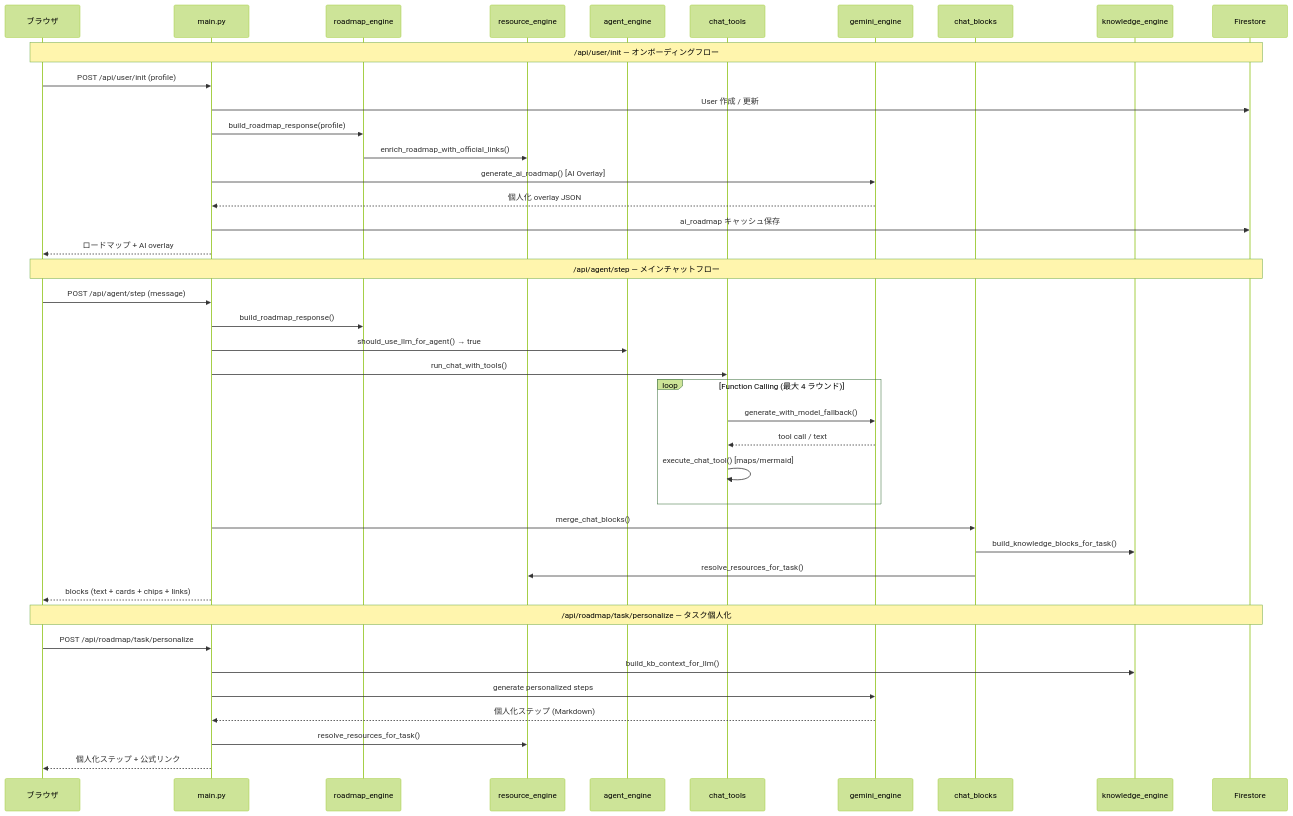
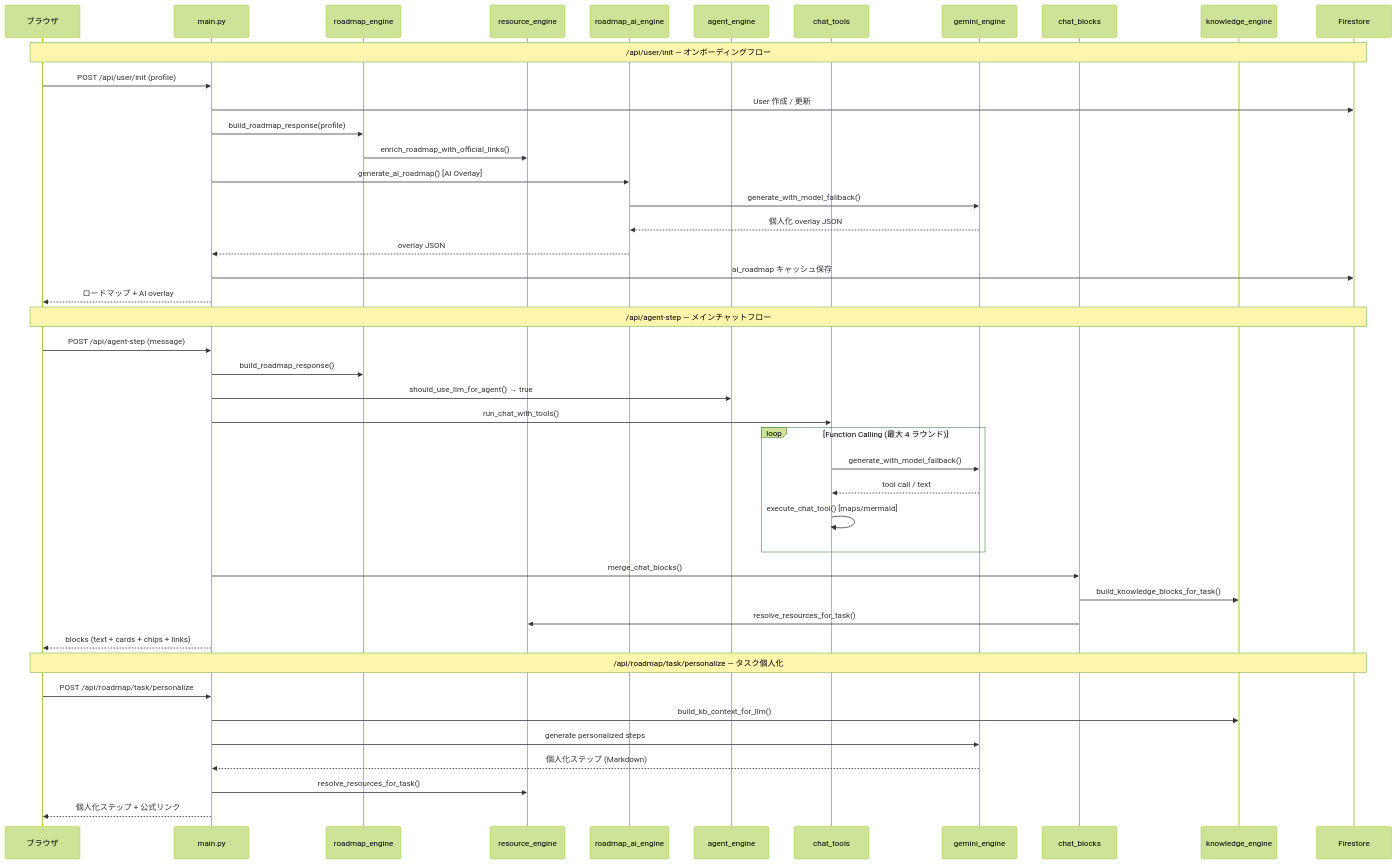
One commit to faetstoree/HARU changed the third of 6 diagrams in ARCHITECTURE_JA.md. Above: the diagram before and after it, drawn with Mermaid (forest theme). The commit also changed other lines of this file and 1 other file, not shown here.

Commit message:
Update ARCHITECTURE docs: remove school engine, update API endpoints and AI layer

````diff
--- a/ARCHITECTURE_JA.md
+++ b/ARCHITECTURE_JA.md
@@ -132,49 +134,52 @@
 ```mermaid
 sequenceDiagram
     participant Browser as ブラウザ
     participant main as main.py
     participant roadmap as roadmap_engine
     participant resource as resource_engine
+    participant roadmap_ai as roadmap_ai_engine
     participant agent as agent_engine
     participant chat as chat_tools
     participant gemini as gemini_engine
     participant blocks as chat_blocks
     participant knowledge as knowledge_engine
     participant db as Firestore
 
     Note over Browser,db: /api/user/init — オンボーディングフロー
 
     Browser->>main: POST /api/user/init (profile)
     main->>db: User 作成 / 更新
     main->>roadmap: build_roadmap_response(profile)
     roadmap->>resource: enrich_roadmap_with_official_links()
-    main->>gemini: generate_ai_roadmap() [AI Overlay]
-    gemini-->>main: 個人化 overlay JSON
+    main->>roadmap_ai: generate_ai_roadmap() [AI Overlay]
+    roadmap_ai->>gemini: generate_with_model_fallback()
+    gemini-->>roadmap_ai: 個人化 overlay JSON
+    roadmap_ai-->>main: overlay JSON
     main->>db: ai_roadmap キャッシュ保存
     main-->>Browser: ロードマップ + AI overlay
 
-    Note over Browser,db: /api/agent/step — メインチャットフロー
+    Note over Browser,db: /api/agent-step — メインチャットフロー
 
-    Browser->>main: POST /api/agent/step (message)
+    Browser->>main: POST /api/agent-step (message)
     main->>roadmap: build_roadmap_response()
     main->>agent: should_use_llm_for_agent() → true
     main->>chat: run_chat_with_tools()
     loop Function Calling (最大 4 ラウンド)
         chat->>gemini: generate_with_model_fallback()
         gemini-->>chat: tool call / text
         chat->>chat: execute_chat_tool() [maps/mermaid]
     end
     main->>blocks: merge_chat_blocks()
     blocks->>knowledge: build_knowledge_blocks_for_task()
     blocks->>resource: resolve_resources_for_task()
     main-->>Browser: blocks (text + cards + chips + links)
 
     Note over Browser,db: /api/roadmap/task/personalize — タスク個人化
 
     Browser->>main: POST /api/roadmap/task/personalize
     main->>knowledge: build_kb_context_for_llm()
     main->>gemini: generate personalized steps
     gemini-->>main: 個人化ステップ (Markdown)
     main->>resource: resolve_resources_for_task()
     main-->>Browser: 個人化ステップ + 公式リンク
 ```
````
